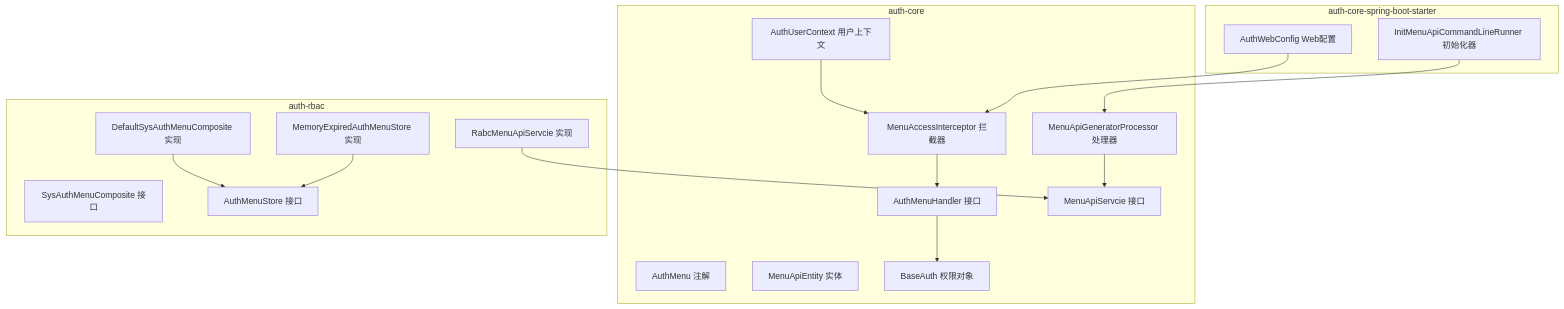
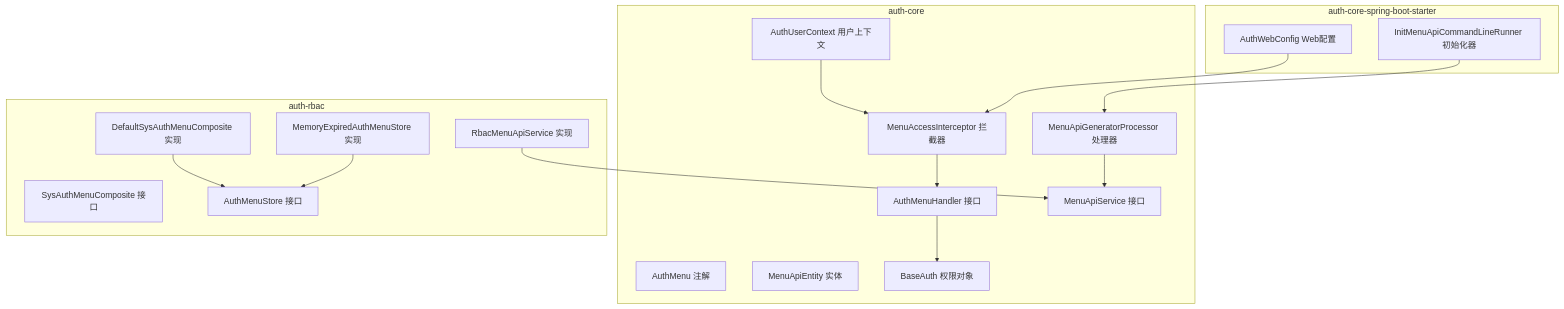
One commit to LiukewenSC/kewen-framework changed the first of 10 diagrams in .qoder/repowiki/zh/content/权限系统 (qy-auth)/权限核心 (auth-core)/菜单权限控制 (MenuPermissionControl).md. Above: the diagram before and after it, drawn with Mermaid. The commit also changed other lines of this file and 764 other files, not shown here.

````diff
--- a/.qoder/repowiki/zh/content/权限系统 (qy-auth)/权限核心 (auth-core)/菜单权限控制 (MenuPermissionControl).md
+++ b/.qoder/repowiki/zh/content/权限系统 (qy-auth)/权限核心 (auth-core)/菜单权限控制 (MenuPermissionControl).md
@@ -51,33 +51,33 @@
 ```mermaid
 graph TB
 subgraph "auth-core"
 AMH["AuthMenuHandler 接口"]
 MAI["MenuAccessInterceptor 拦截器"]
 MAJ["AuthMenu 注解"]
 MAE["MenuApiEntity 实体"]
 MAGP["MenuApiGeneratorProcessor 处理器"]
-MAS["MenuApiServcie 接口"]
+MAS["MenuApiService 接口"]
 BAE["BaseAuth 权限对象"]
 AUC["AuthUserContext 用户上下文"]
 end
 subgraph "auth-rbac"
 SAMC["SysAuthMenuComposite 接口"]
 AMS["AuthMenuStore 接口"]
 DSAMC["DefaultSysAuthMenuComposite 实现"]
 MEMS["MemoryExpiredAuthMenuStore 实现"]
-RMAS["RabcMenuApiServcie 实现"]
+RMAS["RbacMenuApiService 实现"]
 end
 subgraph "auth-core-spring-boot-starter"
 ICMR["InitMenuApiCommandLineRunner 初始化器"]
 AWC["AuthWebConfig Web配置"]
 end
 MAI --> AMH
 AMH --> BAE
 AUC --> MAI
 MAGP --> MAS
 RMAS --> MAS
 DSAMC --> AMS
 MEMS --> AMS
 ICMR --> MAGP
 AWC --> MAI
 ```
````
